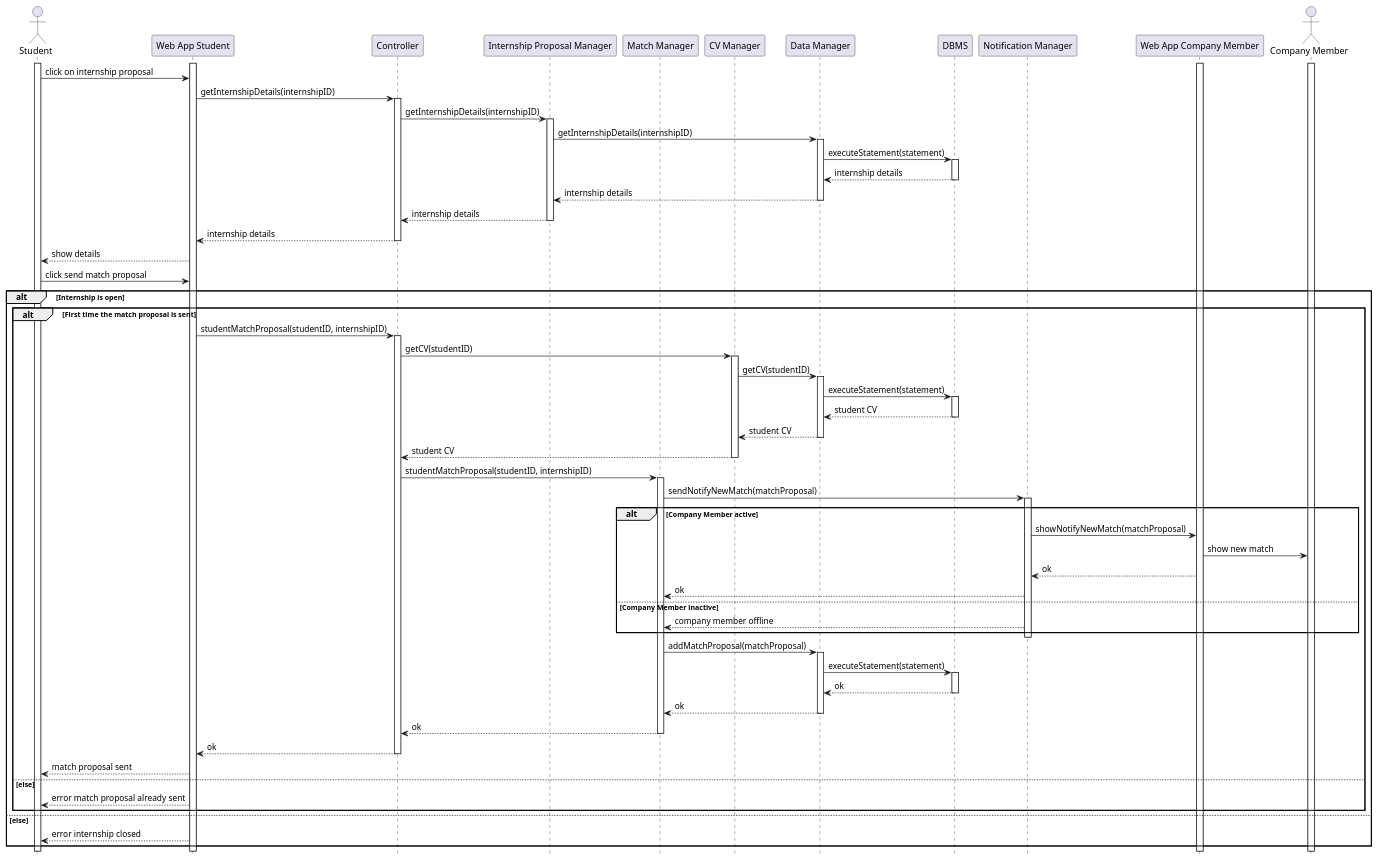
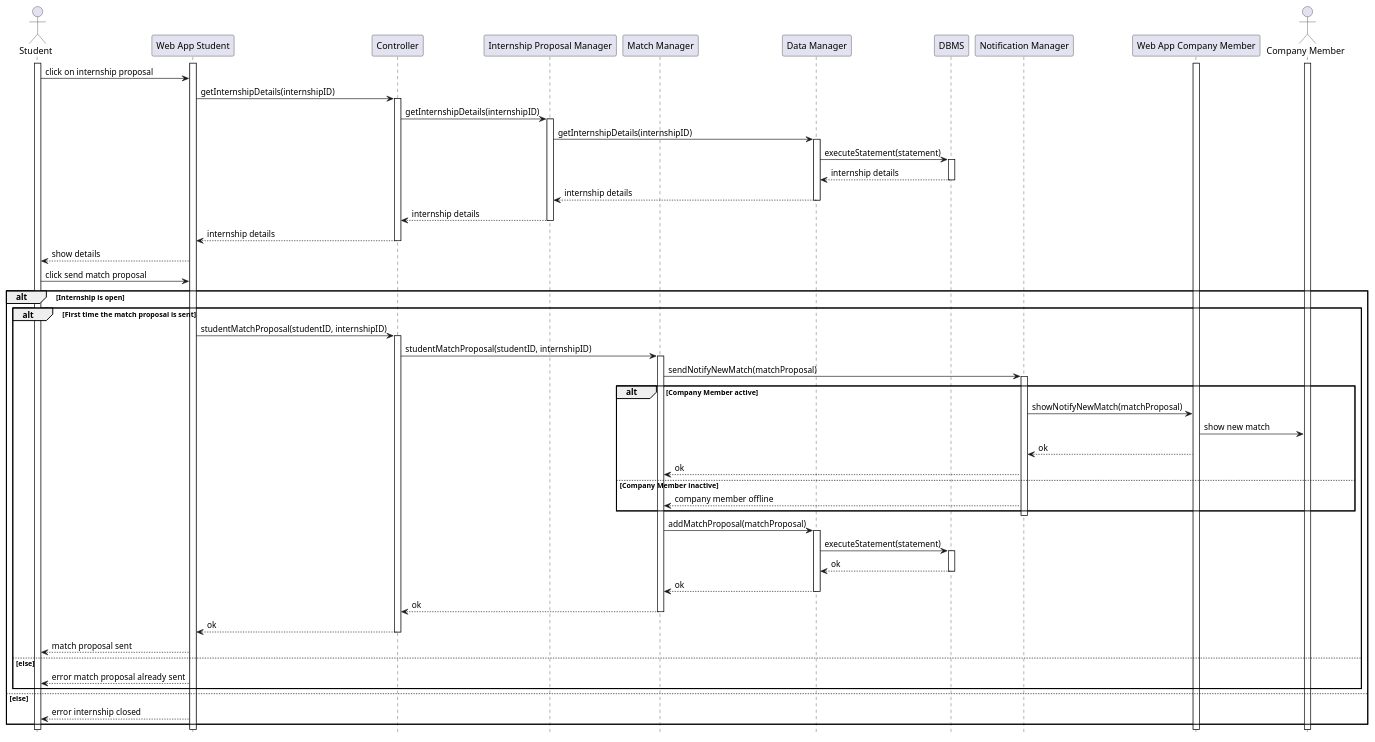
One commit to matti8702/R_and_DD_project_SE2 changed the diagram in DD/Architectural_design/uml_diagrams/RV16_diagram.puml. Above: the diagram before and after it, drawn with PlantUML. The commit also changed 2 other files, not shown here.

```diff
--- a/DD/Architectural_design/uml_diagrams/RV16_diagram.puml
+++ b/DD/Architectural_design/uml_diagrams/RV16_diagram.puml
@@ -1,95 +1,81 @@
 @startuml RV16_diagram
 hide footbox
 
 actor "Student" as S 
 participant "Web App Student" as W
 participant "Controller" AS C
 participant "Internship Proposal Manager" as IP
 participant "Match Manager" as M
-participant "CV Manager" as CV
 participant "Data Manager" as DM
 participant "DBMS" as RD
 participant "Notification Manager" as NM
 participant "Web App Company Member" as WA
 actor "Company Member" as CM
 
 
 
 
 activate S
 activate W
 activate CM
 activate WA
 
 S -> W: click on internship proposal
 W -> C: getInternshipDetails(internshipID)
 activate C
 C -> IP: getInternshipDetails(internshipID)
 activate IP
 IP -> DM: getInternshipDetails(internshipID)
 activate DM
 DM -> RD: executeStatement(statement)
 activate RD
 RD --> DM: internship details
 deactivate RD
 DM --> IP: internship details
 deactivate DM
 IP --> C: internship details
 deactivate IP
 C --> W: internship details
 deactivate C
 W --> S: show details
 S -> W: click send match proposal
 alt Internship is open
     alt First time the match proposal is sent
         W ->C: studentMatchProposal(studentID, internshipID)
         activate C
 
-        C -> CV: getCV(studentID)
-        activate CV
-        CV -> DM: getCV(studentID)
-        activate DM
-        DM -> RD: executeStatement(statement)
-        activate RD
-        RD --> DM: student CV
-        deactivate RD
-        DM --> CV: student CV
-        deactivate DM
-        CV --> C: student CV
-        deactivate CV
-
         C -> M: studentMatchProposal(studentID, internshipID)
         activate M
 
         M -> NM: sendNotifyNewMatch(matchProposal)
         activate NM
 
         alt Company Member active
             NM -> WA: showNotifyNewMatch(matchProposal)
             WA -> CM: show new match
             WA --> NM: ok
             NM --> M: ok
         else Company Member inactive
             NM --> M: company member offline
         end
         deactivate NM
         M -> DM: addMatchProposal(matchProposal)
         activate DM
         DM -> RD: executeStatement(statement)
         activate RD
         RD --> DM: ok
         deactivate RD
         DM --> M: ok
         deactivate DM
         M --> C: ok
         deactivate M
         C --> W: ok
         deactivate C
         W --> S: match proposal sent
     else else
         W --> S: error match proposal already sent
     end
 else else
     W --> S: error internship closed
 end
 @enduml
```
